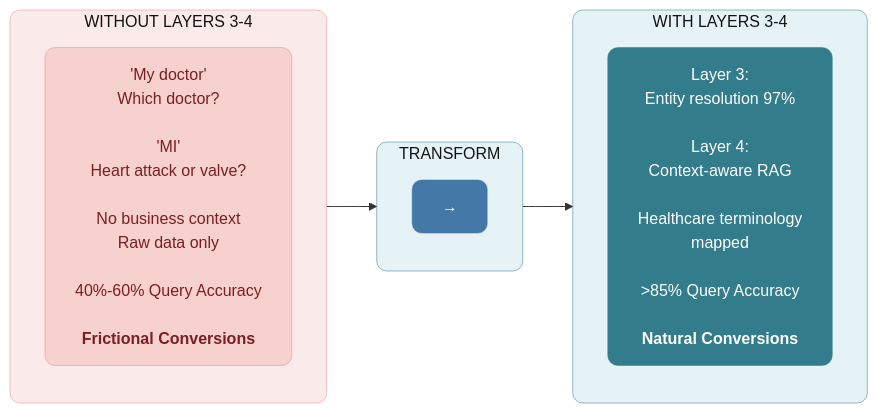
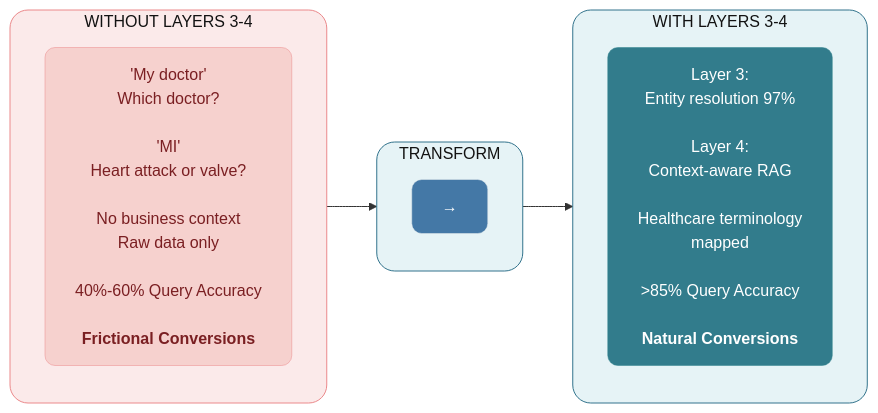
One commit to saitejesh-cyber/trust-before-intelligence-book changed the first of 13 diagrams in manuscript/06_chapter_5_intelligence_layers.md. Above: the diagram before and after it, drawn with Mermaid. The commit also changed other lines of this file and 12 other files, not shown here.

````diff
--- a/manuscript/06_chapter_5_intelligence_layers.md
+++ b/manuscript/06_chapter_5_intelligence_layers.md
@@ -8,29 +8,29 @@
 ```mermaid
 
 graph LR
     subgraph WITHOUT["WITHOUT LAYERS 3-4"]
         direction TB
         W1["'My doctor'<br/>Which doctor?<br/><br/>'MI'<br/>Heart attack or valve?<br/><br/>No business context<br/>Raw data only<br/><br/>40%-60% Query Accuracy<br/><br/><b>Frictional Conversions</b>"]
     end
     
     subgraph TRANSFORM["TRANSFORM"]
         direction TB
         T1["→"]
     end
     
     subgraph WITH["WITH LAYERS 3-4"]
         direction TB
         L1["Layer 3:<br/>Entity resolution 97%<br/><br/>Layer 4:<br/>Context-aware RAG<br/><br/>Healthcare terminology<br/>mapped<br/><br/>>85% Query Accuracy<br/><br/><b>Natural Conversions</b>"]
     end
     
     WITHOUT --> TRANSFORM --> WITH
     
-    style WITHOUT fill:#FBEAEA,stroke:#EB898B,stroke-width:0.5px,color:#121212,rx:10,ry:10
+    style WITHOUT fill:#FBEAEA,stroke:#EB898B,stroke-width:1px,color:#121212,rx:18,ry:18
     style W1 fill:#F6D1CE,stroke:#EB898B,stroke-width:0.5px,color:#7A1F22,rx:10,ry:10
-    style TRANSFORM fill:#E6F3F6,stroke:#32738C,stroke-width:0.5px,color:#121212,rx:10,ry:10
+    style TRANSFORM fill:#E6F3F6,stroke:#32738C,stroke-width:1px,color:#121212,rx:18,ry:18
     style T1 fill:#4478A6,stroke:#e4ebed,stroke-width:0.5px,color:#FFFFFF,rx:10,ry:10
-    style WITH fill:#E6F3F6,stroke:#32738C,stroke-width:0.5px,color:#121212,rx:10,ry:10
+    style WITH fill:#E6F3F6,stroke:#32738C,stroke-width:1px,color:#121212,rx:18,ry:18
     style L1 fill:#327C8C,stroke:#30838C,stroke-width:0.5px,color:#ffffff,rx:10,ry:10
 
 
 ```
````
